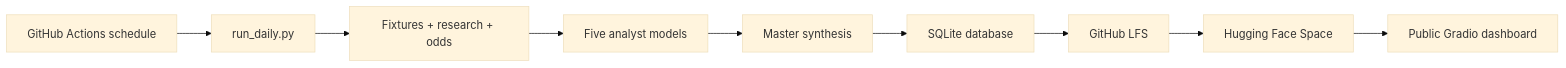
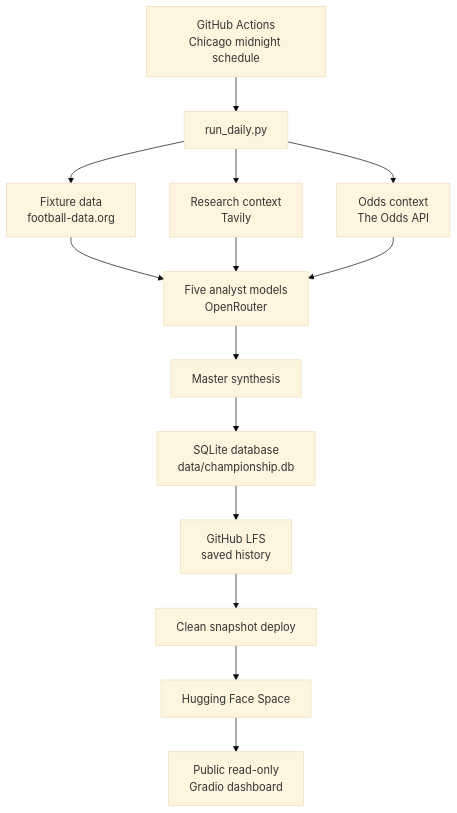
One commit to arronchen-520/world-cup-ai-championship changed the diagram in README.md. Above: the diagram before and after it, drawn with Mermaid (base theme). The commit also changed other lines of this file and 1 other file, not shown here.

Commit message:
docs: clean github readme metadata

````diff
--- a/README.md
+++ b/README.md
@@ -42,11 +28,16 @@
 ```mermaid
-flowchart LR
-    A["GitHub Actions schedule"] --> B["run_daily.py"]
-    B --> C["Fixtures + research + odds"]
-    C --> D["Five analyst models"]
-    D --> E["Master synthesis"]
-    E --> F["SQLite database"]
-    F --> G["GitHub LFS"]
-    G --> H["Hugging Face Space"]
-    H --> I["Public Gradio dashboard"]
+flowchart TD
+    A["GitHub Actions<br/>Chicago midnight schedule"] --> B["run_daily.py"]
+    B --> C["Fixture data<br/>football-data.org"]
+    B --> D["Research context<br/>Tavily"]
+    B --> E["Odds context<br/>The Odds API"]
+    C --> F["Five analyst models<br/>OpenRouter"]
+    D --> F
+    E --> F
+    F --> G["Master synthesis"]
+    G --> H["SQLite database<br/>data/championship.db"]
+    H --> I["GitHub LFS<br/>saved history"]
+    I --> J["Clean snapshot deploy"]
+    J --> K["Hugging Face Space"]
+    K --> L["Public read-only<br/>Gradio dashboard"]
 ```
````
